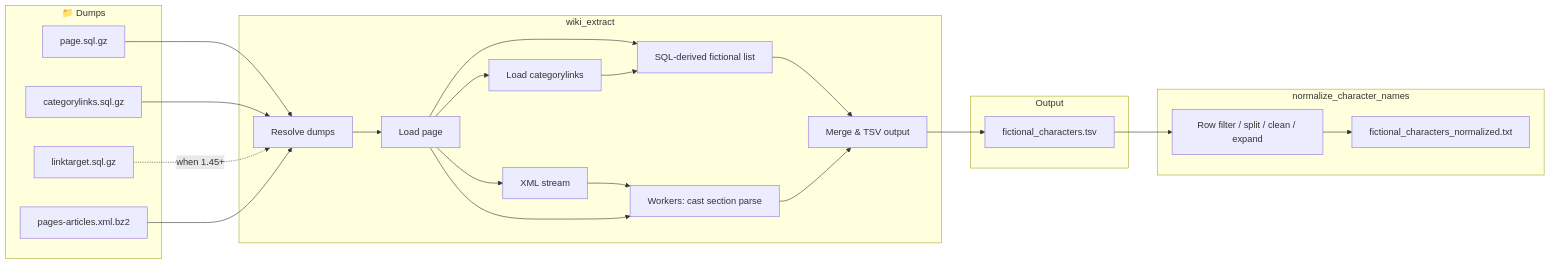
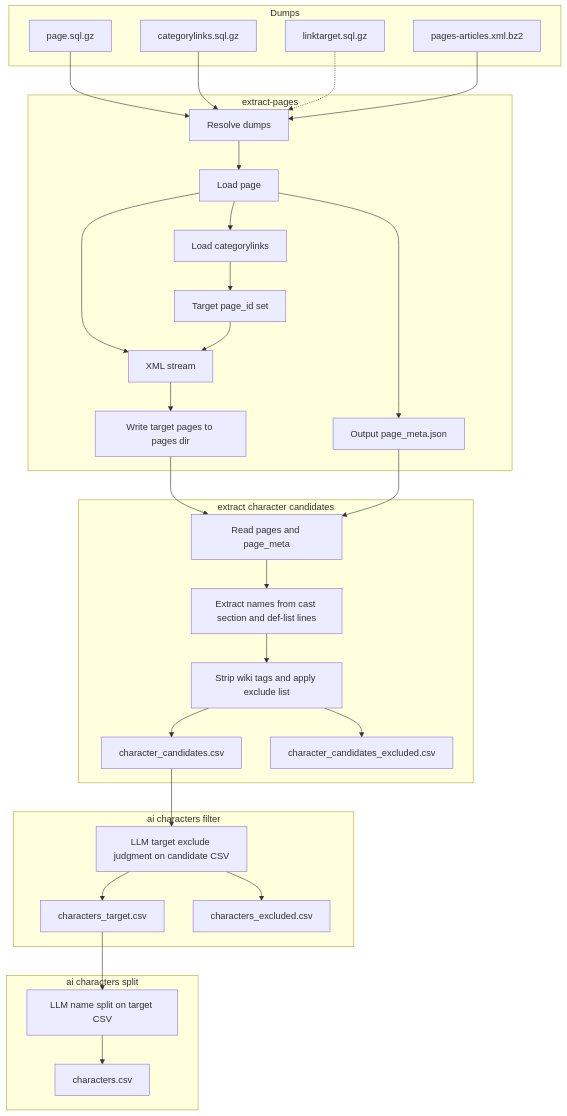
The first of 4 diagrams in docs/DETAIL_en.md (version0-1/wiki-extract), drawn with Mermaid before and after one commit. The commit also changed other lines of this file and 70 other files, not shown here.

````diff
--- a/docs/DETAIL_en.md
+++ b/docs/DETAIL_en.md
@@ -9,45 +9,61 @@
 ```mermaid
-flowchart LR
-  subgraph Input["📁 Dumps"]
+flowchart TB
+  subgraph dumps["Dumps"]
     A1[page.sql.gz]
     A2[categorylinks.sql.gz]
     A3[linktarget.sql.gz]
     A4[pages-articles.xml.bz2]
   end
 
-  subgraph Extract["wiki_extract"]
+  subgraph extract["extract-pages"]
     B1[Resolve dumps]
     B2[Load page]
     B3[Load categorylinks]
-    B4[SQL-derived fictional list]
+    B4[Target page_id set]
     B5[XML stream]
-    B6[Workers: cast section parse]
-    B7[Merge & TSV output]
+    B6[Write target pages to pages dir]
+    B7[Output page_meta.json]
   end
 
-  subgraph Output1["Output"]
-    C1[fictional_characters.tsv]
+  subgraph candidates["extract character candidates"]
+    C1[Read pages and page_meta]
+    C2[Extract names from cast section and def-list lines]
+    C3[Strip wiki tags and apply exclude list]
+    C4[character_candidates.csv]
+    C5[character_candidates_excluded.csv]
   end
 
-  subgraph Normalize["normalize_character_names"]
-    D1[Row filter / split / clean / expand]
-    D2[fictional_characters_normalized.txt]
+  subgraph aifilter["ai characters filter"]
+    D1[LLM target exclude judgment on candidate CSV]
+    D2[characters_target.csv]
+    D3[characters_excluded.csv]
+  end
+
+  subgraph aisplit["ai characters split"]
+    E1[LLM name split on target CSV]
+    E2[characters.csv]
   end
 
   A1 --> B1
   A2 --> B1
-  A3 -.->|when 1.45+| B1
+  A3 -.-> B1
   A4 --> B1
   B1 --> B2
   B2 --> B3
-  B2 --> B4
   B3 --> B4
   B2 --> B5
+  B4 --> B5
   B5 --> B6
-  B2 --> B6
-  B4 --> B7
-  B6 --> B7
+  B2 --> B7
+  B6 --> C1
   B7 --> C1
-  C1 --> D1
+  C1 --> C2
+  C2 --> C3
+  C3 --> C4
+  C3 --> C5
+  C4 --> D1
   D1 --> D2
+  D1 --> D3
+  D2 --> E1
+  E1 --> E2
 ```
````
